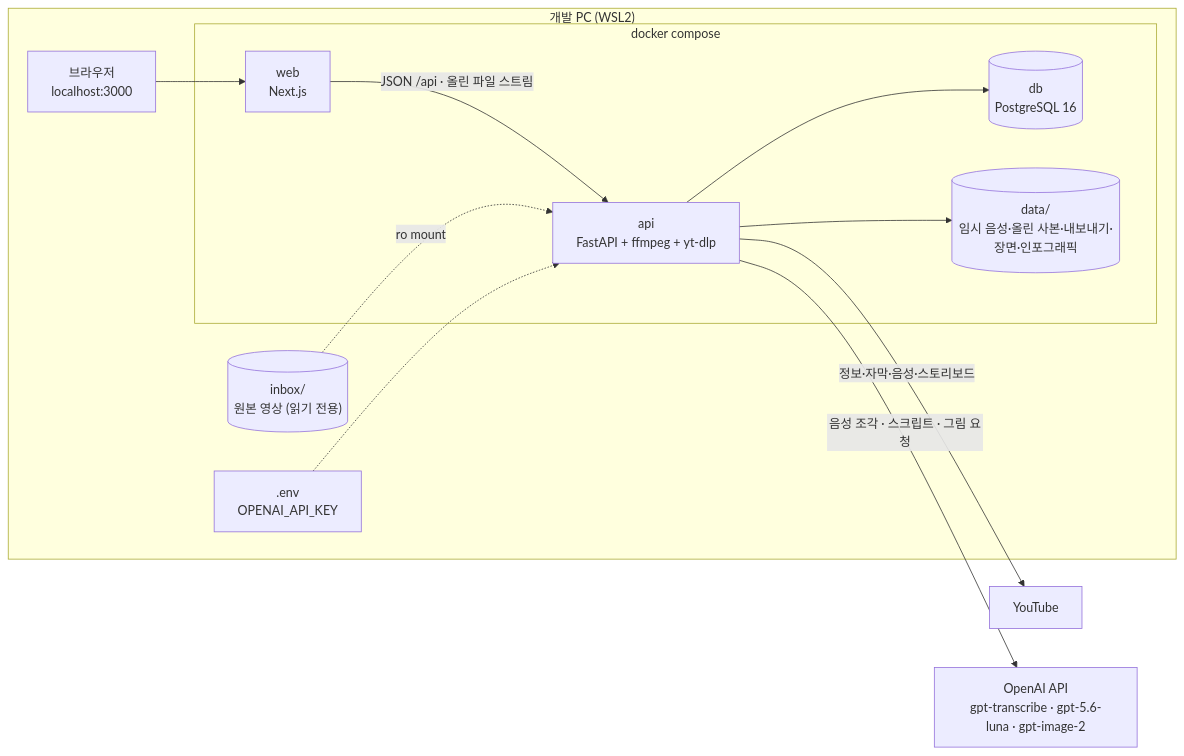
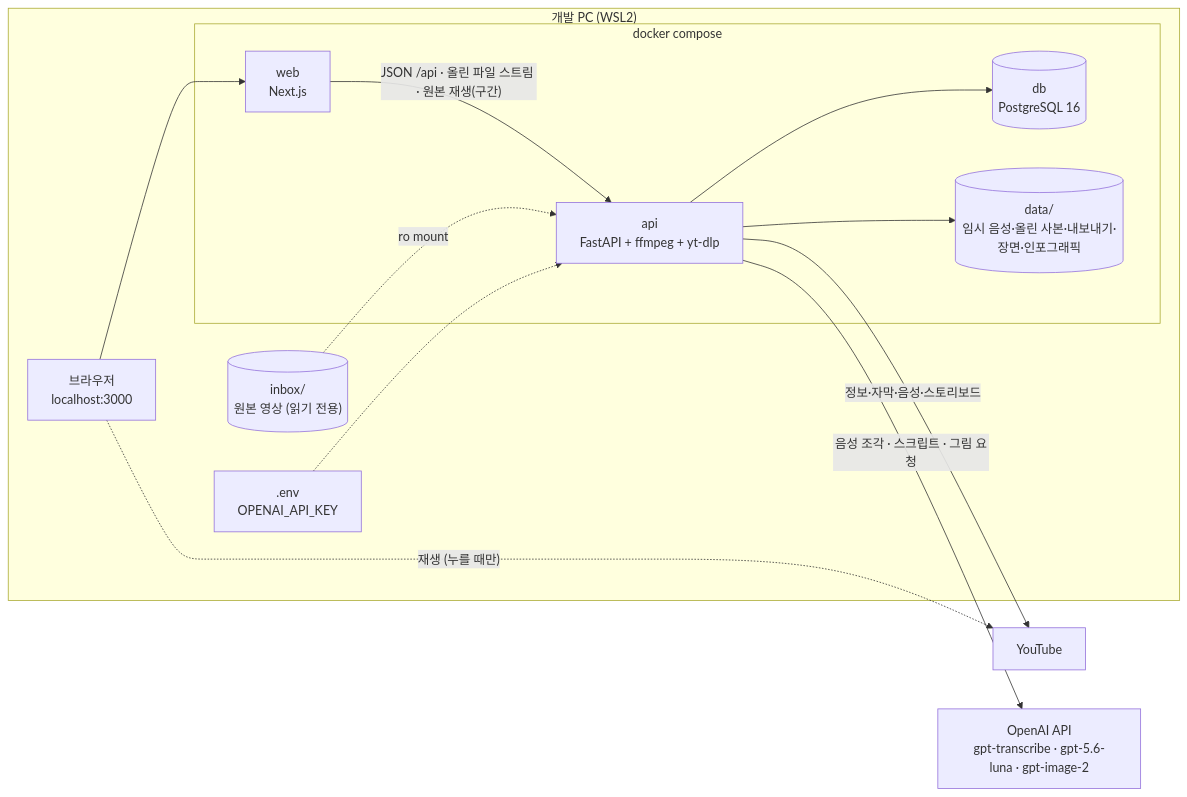
The diagram in docs/specs/05-INFRA/VA-INFRA-001.md (HoyoungParkme/video-agent), drawn with Mermaid before and after one commit. The commit also changed other lines of this file, not shown here.

````diff
--- a/docs/specs/05-INFRA/VA-INFRA-001.md
+++ b/docs/specs/05-INFRA/VA-INFRA-001.md
@@ -117,25 +126,26 @@
 ```mermaid
 flowchart LR
   subgraph host["개발 PC (WSL2)"]
     browser["브라우저<br/>localhost:3000"]
     inbox[("inbox/<br/>원본 영상 (읽기 전용)")]
     subgraph compose["docker compose"]
       web["web<br/>Next.js"]
       api["api<br/>FastAPI + ffmpeg + yt-dlp"]
       db[("db<br/>PostgreSQL 16")]
       data[("data/<br/>임시 음성·올린 사본·내보내기·장면·인포그래픽")]
     end
     env[".env<br/>OPENAI_API_KEY"]
   end
   yt["YouTube"]
   oai["OpenAI API<br/>gpt-transcribe · gpt-5.6-luna · gpt-image-2"]
 
   browser --> web
-  web -->|"JSON /api · 올린 파일 스트림"| api
+  web -->|"JSON /api · 올린 파일 스트림 · 원본 재생(구간)"| api
   api --> db
   api --> data
   inbox -.->|"ro mount"| api
   env -.-> api
   api -->|"정보·자막·음성·스토리보드"| yt
+  browser -.->|"재생 (누를 때만)"| yt
   api -->|"음성 조각 · 스크립트 · 그림 요청"| oai
 ```
````
